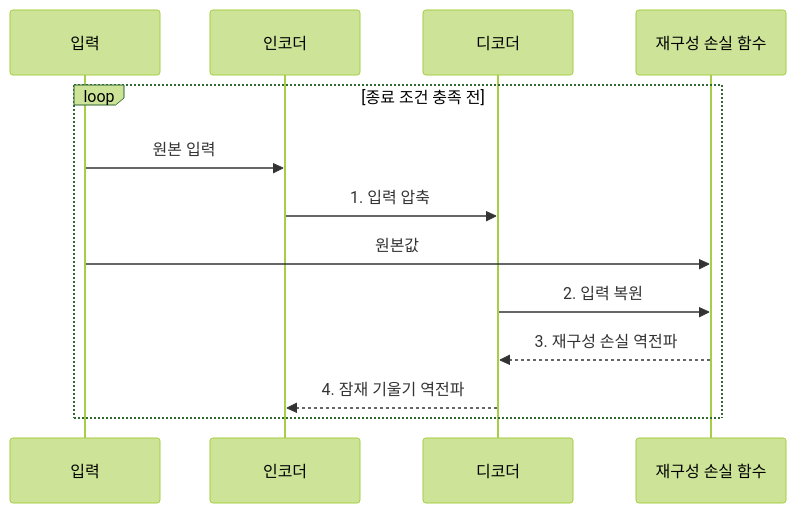
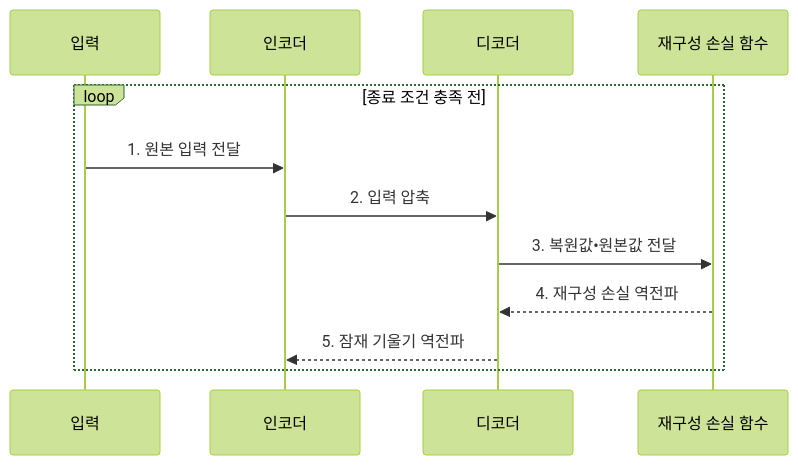
One commit to agnusdei1207/knowledge-base changed the second of 2 diagrams in src/content/docs/notes/01-basic-theory/045_autoencoder.md. Above: the diagram before and after it, drawn with Mermaid (forest theme). The commit also changed other lines of this file and 19 other files, not shown here.

````diff
--- a/src/content/docs/notes/01-basic-theory/045_autoencoder.md
+++ b/src/content/docs/notes/01-basic-theory/045_autoencoder.md
@@ -87,15 +87,14 @@
 ```mermaid
 sequenceDiagram
     participant I as 입력
     participant E as 인코더
     participant D as 디코더
     participant L as 재구성 손실 함수
     loop 종료 조건 충족 전
-        I->>E: 원본 입력
-        E->>D: 1. 입력 압축
-        I->>L: 원본값
-        D->>L: 2. 입력 복원
-        L-->>D: 3. 재구성 손실 역전파
-        D-->>E: 4. 잠재 기울기 역전파
+        I->>E: 1. 원본 입력 전달
+        E->>D: 2. 입력 압축
+        D->>L: 3. 복원값•원본값 전달
+        L-->>D: 4. 재구성 손실 역전파
+        D-->>E: 5. 잠재 기울기 역전파
     end
 ```
````
